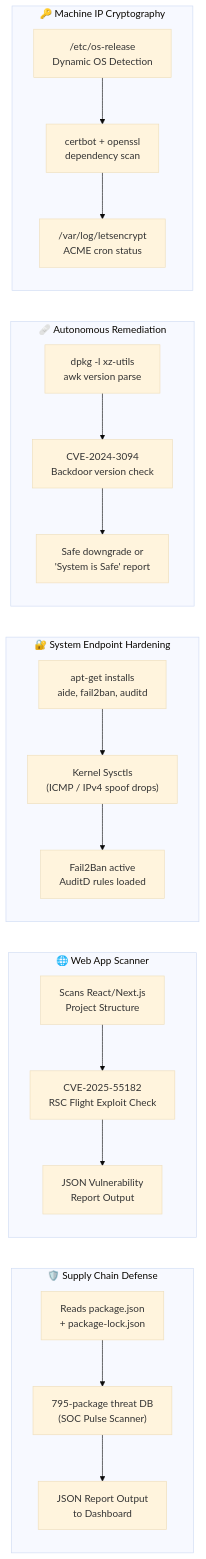
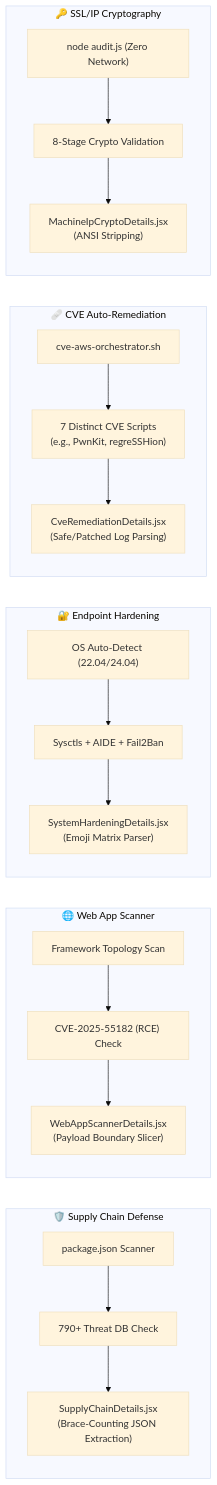
The third of 5 diagrams in WORKFLOW.md (nextgensoumen/soc-pulse), drawn with Mermaid (base theme) before and after one commit. The commit also changed other lines of this file, not shown here.

Commit message:
docs: update WORKFLOW.md mermaid diagrams to reflect final production architecture including 7 CVEs, audit.js, and 3-section details layouts

````diff
--- a/WORKFLOW.md
+++ b/WORKFLOW.md
@@ -116,37 +109,37 @@
 ```mermaid
 flowchart LR
     subgraph M1 ["🛡️ Supply Chain Defense"]
-        SC1["Reads package.json\n+ package-lock.json"]
-        SC2["795-package threat DB\n(SOC Pulse Scanner)"]
-        SC3["JSON Report Output\nto Dashboard"]
+        SC1["package.json Scanner"]
+        SC2["790+ Threat DB Check"]
+        SC3["SupplyChainDetails.jsx\n(Brace-Counting JSON Extraction)"]
         SC1 --> SC2 --> SC3
     end
 
     subgraph M2 ["🌐 Web App Scanner"]
-        WA1["Scans React/Next.js\nProject Structure"]
-        WA2["CVE-2025-55182\nRSC Flight Exploit Check"]
-        WA3["JSON Vulnerability\nReport Output"]
+        WA1["Framework Topology Scan"]
+        WA2["CVE-2025-55182 (RCE) Check"]
+        WA3["WebAppScannerDetails.jsx\n(Payload Boundary Slicer)"]
         WA1 --> WA2 --> WA3
     end
 
-    subgraph M3 ["🔐 System Endpoint Hardening"]
-        SH1["apt-get installs\naide, fail2ban, auditd"]
-        SH2["Kernel Sysctls\n(ICMP / IPv4 spoof drops)"]
-        SH3["Fail2Ban active\nAuditD rules loaded"]
+    subgraph M3 ["🔐 Endpoint Hardening"]
+        SH1["OS Auto-Detect (22.04/24.04)"]
+        SH2["Sysctls + AIDE + Fail2Ban"]
+        SH3["SystemHardeningDetails.jsx\n(Emoji Matrix Parser)"]
         SH1 --> SH2 --> SH3
     end
 
-    subgraph M4 ["🩹 Autonomous Remediation"]
-        AR1["dpkg -l xz-utils\nawk version parse"]
-        AR2["CVE-2024-3094\nBackdoor version check"]
-        AR3["Safe downgrade or\n'System is Safe' report"]
+    subgraph M4 ["🩹 CVE Auto-Remediation"]
+        AR1["cve-aws-orchestrator.sh"]
+        AR2["7 Distinct CVE Scripts\n(e.g., PwnKit, regreSSHion)"]
+        AR3["CveRemediationDetails.jsx\n(Safe/Patched Log Parsing)"]
         AR1 --> AR2 --> AR3
     end
 
-    subgraph M5 ["🔑 Machine IP Cryptography"]
-        IP1["/etc/os-release\nDynamic OS Detection"]
-        IP2["certbot + openssl\ndependency scan"]
-        IP3["/var/log/letsencrypt\nACME cron status"]
+    subgraph M5 ["🔑 SSL/IP Cryptography"]
+        IP1["node audit.js (Zero Network)"]
+        IP2["8-Stage Crypto Validation"]
+        IP3["MachineIpCryptoDetails.jsx\n(ANSI Stripping)"]
         IP1 --> IP2 --> IP3
     end
 ```
````
